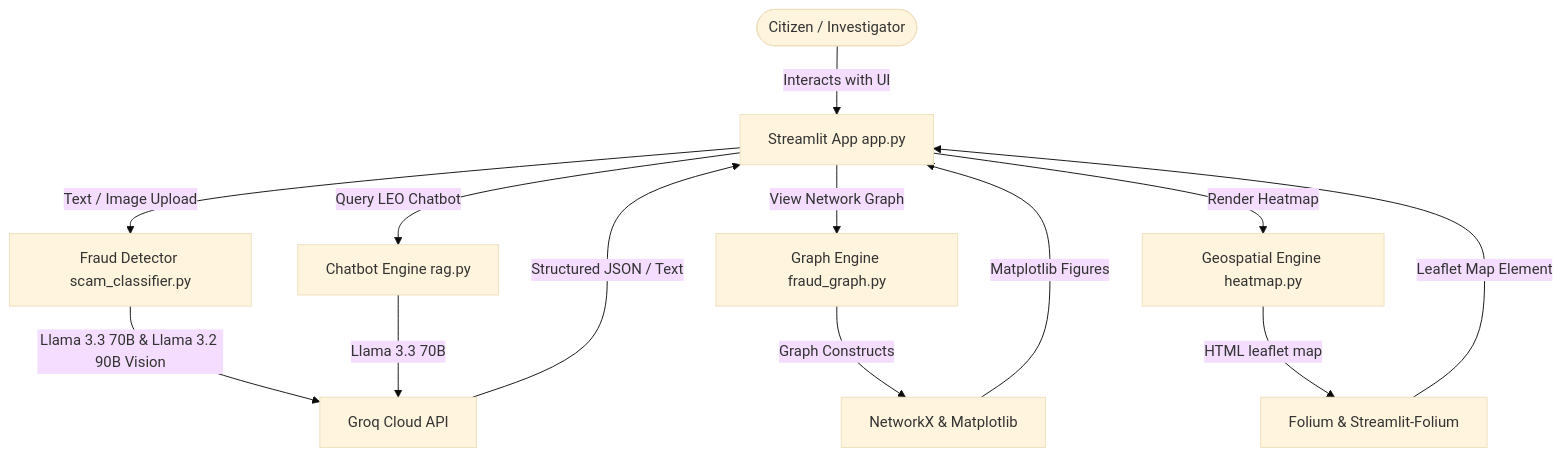
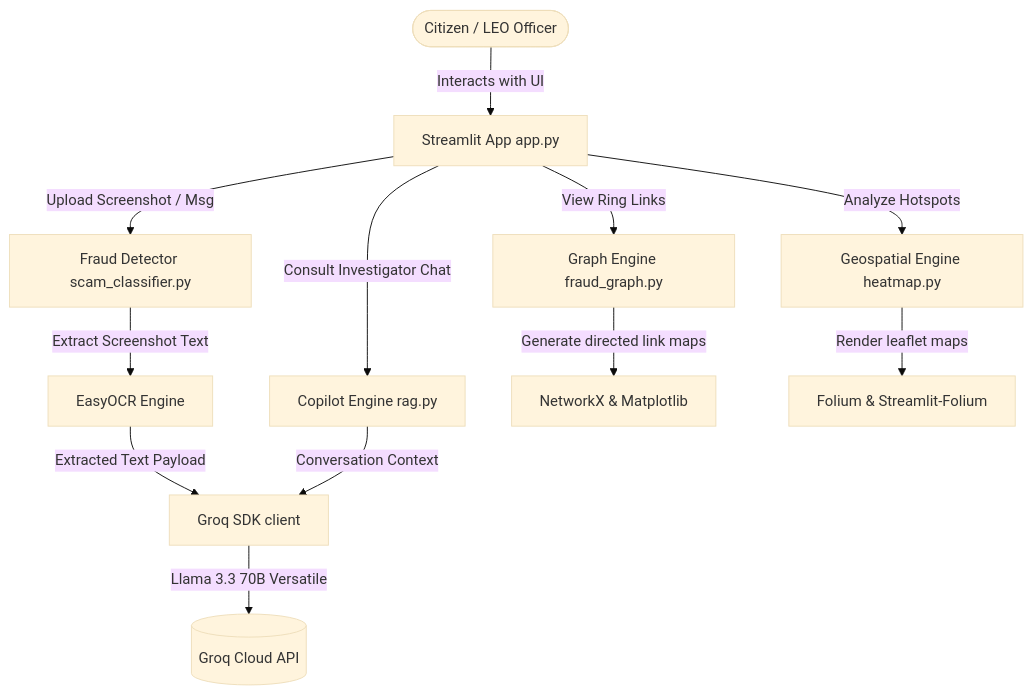
One commit to Vanshika-k12/SentinelAi changed the diagram in README.md. Above: the diagram before and after it, drawn with Mermaid (base theme). The commit also changed other lines of this file, not shown here.

````diff
--- a/README.md
+++ b/README.md
@@ -39,22 +41,20 @@
 ```mermaid
 graph TD
-    %% User Layer
-    User([Citizen / Investigator]) -->|Interacts with UI| Streamlit[Streamlit App app.py]
+    %% Users
+    User([Citizen / LEO Officer]) -->|Interacts with UI| StreamlitApp[Streamlit App app.py]
     
-    %% UI to Sub-modules
-    Streamlit -->|Text / Image Upload| FraudDetector[Fraud Detector scam_classifier.py]
-    Streamlit -->|View Network Graph| GraphEngine[Graph Engine fraud_graph.py]
-    Streamlit -->|Render Heatmap| GeoEngine[Geospatial Engine heatmap.py]
-    Streamlit -->|Query LEO Chatbot| Chatbot[Chatbot Engine rag.py]
+    %% Dashboard Modules Routing
+    StreamlitApp -->|Upload Screenshot / Msg| FraudDetector[Fraud Detector scam_classifier.py]
+    StreamlitApp -->|View Ring Links| GraphEngine[Graph Engine fraud_graph.py]
+    StreamlitApp -->|Analyze Hotspots| GeoEngine[Geospatial Engine heatmap.py]
+    StreamlitApp -->|Consult Investigator Chat| CopilotEngine[Copilot Engine rag.py]
     
-    %% Dependencies and External APIs
-    FraudDetector -->|Llama 3.3 70B & Llama 3.2 90B Vision| Groq[Groq Cloud API]
-    Chatbot -->|Llama 3.3 70B| Groq
-    GraphEngine -->|Graph Constructs| NetworkX[NetworkX & Matplotlib]
-    GeoEngine -->|HTML leaflet map| Folium[Folium & Streamlit-Folium]
+    %% Module Internal Processing & External APIs
+    FraudDetector -->|Extract Screenshot Text| OCR[EasyOCR Engine]
+    OCR -->|Extracted Text Payload| GroqAPI[Groq SDK client]
+    CopilotEngine -->|Conversation Context| GroqAPI
     
-    %% Responses flow back
-    Groq -->|Structured JSON / Text| Streamlit
-    NetworkX -->|Matplotlib Figures| Streamlit
-    Folium -->|Leaflet Map Element| Streamlit
+    GroqAPI -->|Llama 3.3 70B Versatile| LLMServer[(Groq Cloud API)]
+    GraphEngine -->|Generate directed link maps| NetworkX[NetworkX & Matplotlib]
+    GeoEngine -->|Render leaflet maps| Folium[Folium & Streamlit-Folium]
 ```
````
